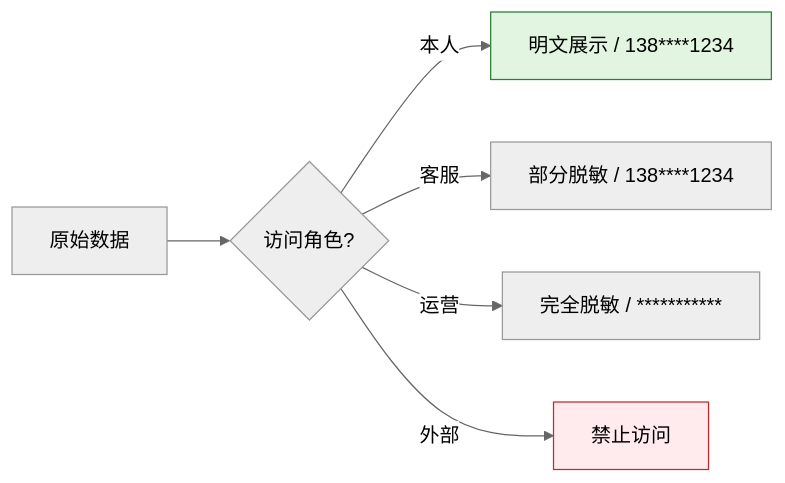
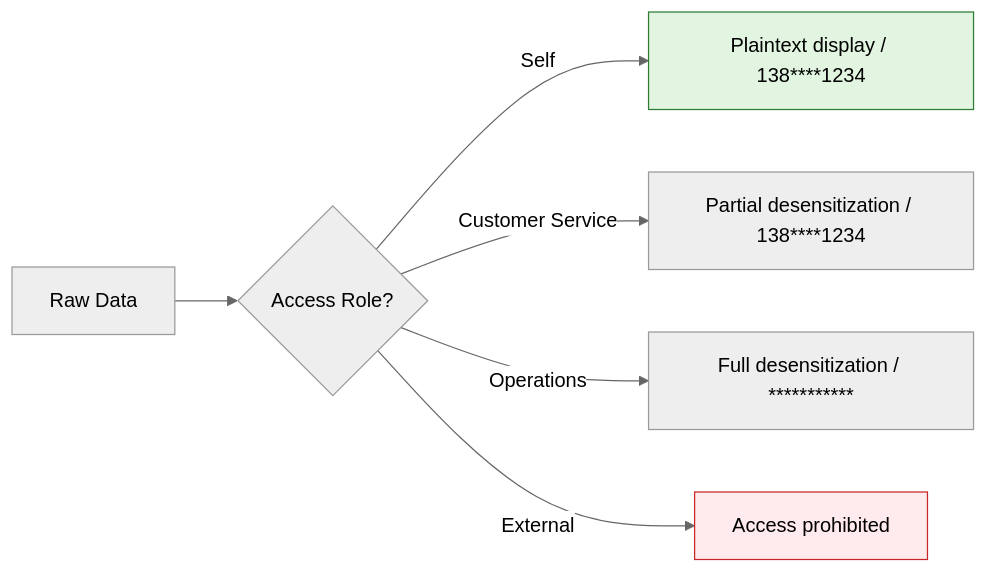
Diagram 11 of 11 in templates/产品/技术层/【模板】数据库设计文档规范.md (Kirky-X/cangjie), drawn with Mermaid (neutral theme) before and after one commit. The commit also changed other lines of this file and 60 other files, not shown here.

````diff
--- a/templates/产品/技术层/【模板】数据库设计文档规范.md
+++ b/templates/产品/技术层/【模板】数据库设计文档规范.md
@@ -662,11 +662,11 @@
 ```mermaid
 flowchart LR
-    A[原始数据] --> B{访问角色?}
-    B -->|本人| C[明文展示 / 138****1234]
-    B -->|客服| D[部分脱敏 / 138****1234]
-    B -->|运营| E[完全脱敏 / ***********]
-    B -->|外部| F[禁止访问]
+    A[Raw Data] --> B{Access Role?}
+    B -->|Self| C[Plaintext display / 138****1234]
+    B -->|Customer Service| D[Partial desensitization / 138****1234]
+    B -->|Operations| E[Full desensitization / ***********]
+    B -->|External| F[Access prohibited]
 
     style C fill:#e1f5e1,stroke:#2e7d32
     style F fill:#ffebee,stroke:#c62828
 ```
````
